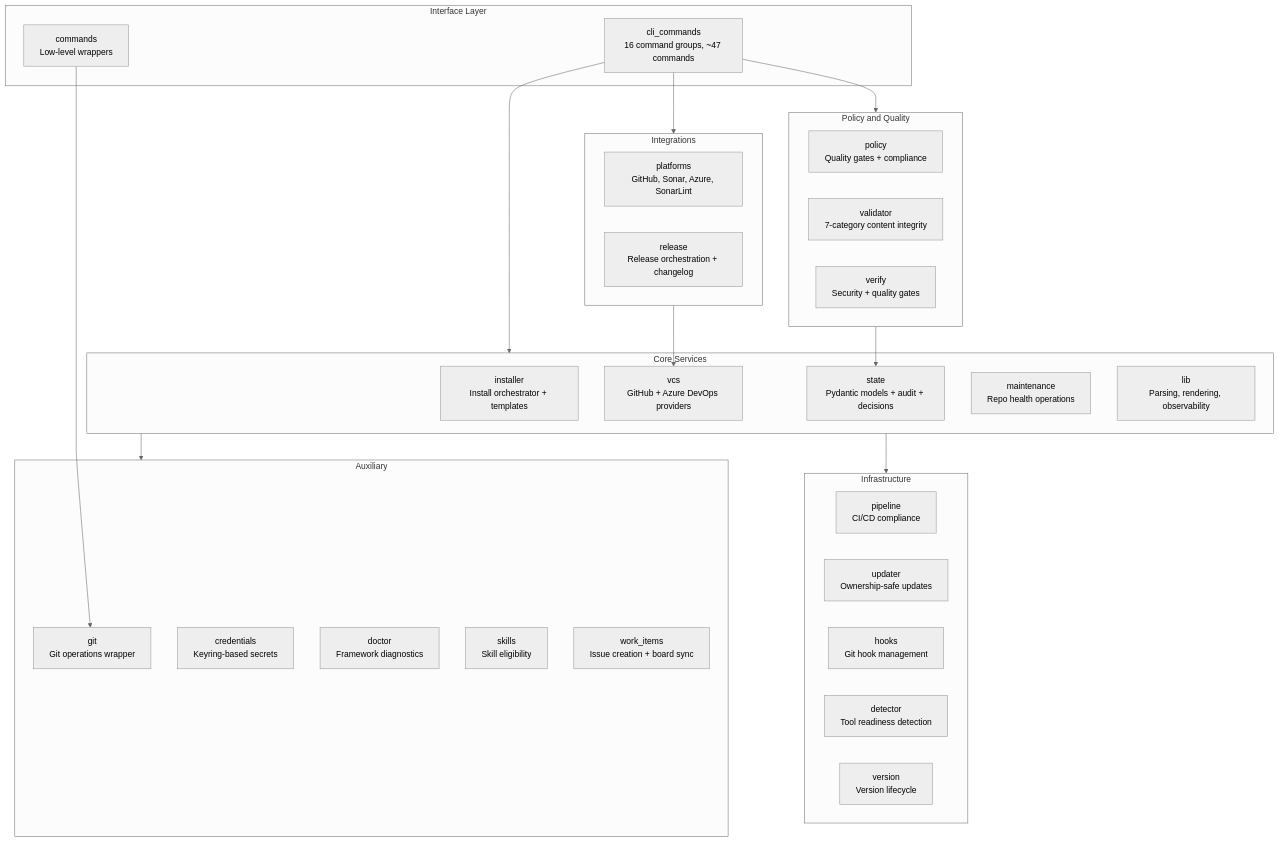
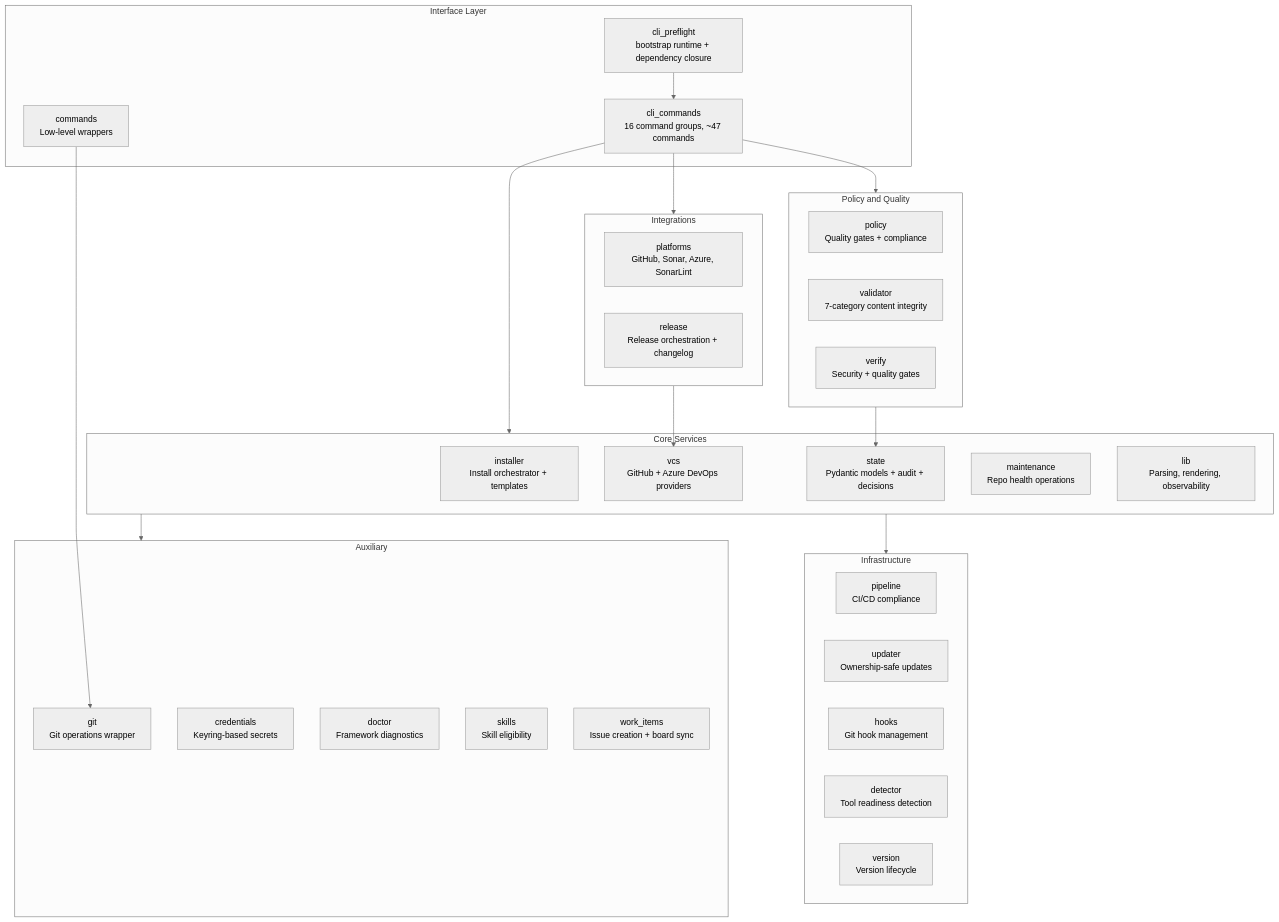
One commit to arcasilesgroup/ai-engineering changed the fourth of 10 diagrams in docs/solution-intent.md. Above: the diagram before and after it, drawn with Mermaid (neutral theme). The commit also changed other lines of this file and 77 other files, not shown here.

````diff
--- a/docs/solution-intent.md
+++ b/docs/solution-intent.md
@@ -233,51 +233,53 @@
 ```mermaid
 graph TB
     subgraph CLI["Interface Layer"]
+        cli_preflight["cli_preflight<br/>bootstrap runtime + dependency closure"]
         cli_commands["cli_commands<br/>16 command groups, ~47 commands"]
         commands["commands<br/>Low-level wrappers"]
     end
 
     subgraph Core["Core Services"]
         installer["installer<br/>Install orchestrator + templates"]
         vcs["vcs<br/>GitHub + Azure DevOps providers"]
         state["state<br/>Pydantic models + audit + decisions"]
         maintenance["maintenance<br/>Repo health operations"]
         lib["lib<br/>Parsing, rendering, observability"]
     end
 
     subgraph Policy["Policy and Quality"]
         policy["policy<br/>Quality gates + compliance"]
         validator["validator<br/>7-category content integrity"]
         verify["verify<br/>Security + quality gates"]
     end
 
     subgraph Platform["Integrations"]
         platforms["platforms<br/>GitHub, Sonar, Azure, SonarLint"]
         release["release<br/>Release orchestration + changelog"]
     end
 
     subgraph Infra["Infrastructure"]
         pipeline["pipeline<br/>CI/CD compliance"]
         updater["updater<br/>Ownership-safe updates"]
         hooks["hooks<br/>Git hook management"]
         detector["detector<br/>Tool readiness detection"]
         version["version<br/>Version lifecycle"]
     end
 
     subgraph Auxiliary["Auxiliary"]
         git_ops["git<br/>Git operations wrapper"]
         credentials["credentials<br/>Keyring-based secrets"]
         doctor["doctor<br/>Framework diagnostics"]
         skills_mod["skills<br/>Skill eligibility"]
         work_items["work_items<br/>Issue creation + board sync"]
     end
 
+    cli_preflight --> cli_commands
     cli_commands --> Core
     cli_commands --> Policy
     cli_commands --> Platform
     commands --> git_ops
     Core --> Infra
     Core --> Auxiliary
     Policy --> state
     Platform --> vcs
 ```
````
